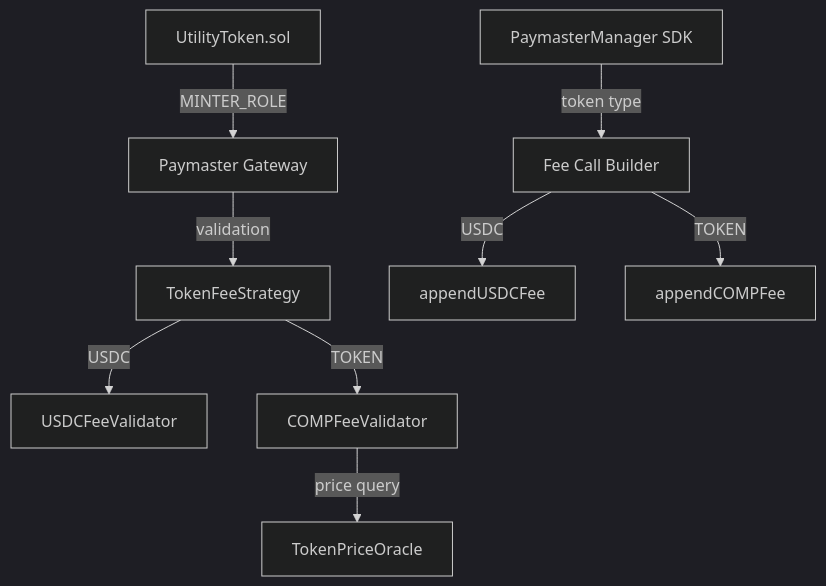
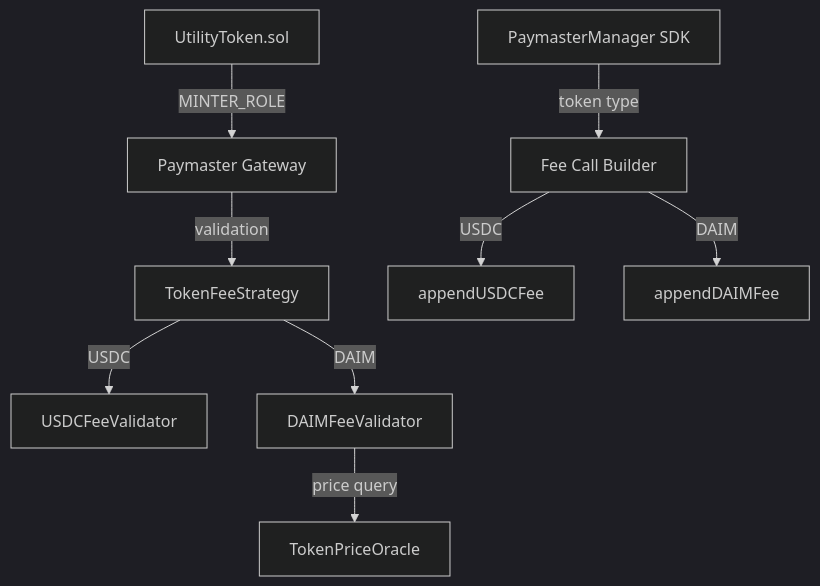
Before and after one commit to swimmingkiim/a2a-project: the fourth of 4 diagrams in plan/TOKEN_ROADMAP.md, drawn with Mermaid (dark theme). The commit also changed other lines of this file and 10 other files, not shown here.

Commit message:
feat: Formalize token as DaimToken, enable $DAIM for paymaster fees, and introduce Dead Man's Switch and Emergency Council governance contracts.

````diff
--- a/plan/TOKEN_ROADMAP.md
+++ b/plan/TOKEN_ROADMAP.md
@@ -314,12 +314,12 @@
 ```mermaid
 graph TD
     A[UtilityToken.sol] -->|MINTER_ROLE| B[Paymaster Gateway]
     B -->|validation| C[TokenFeeStrategy]
     C -->|USDC| D[USDCFeeValidator]
-    C -->|TOKEN| E[COMPFeeValidator]
+    C -->|DAIM| E[DAIMFeeValidator]
     E -->|price query| F[TokenPriceOracle]
     
     G[PaymasterManager SDK] -->|token type| H[Fee Call Builder]
     H -->|USDC| I[appendUSDCFee]
-    H -->|TOKEN| J[appendCOMPFee]
+    H -->|DAIM| J[appendDAIMFee]
 ```
````
